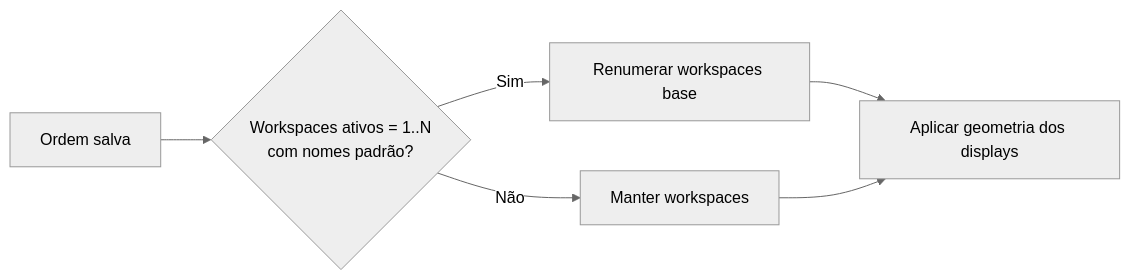
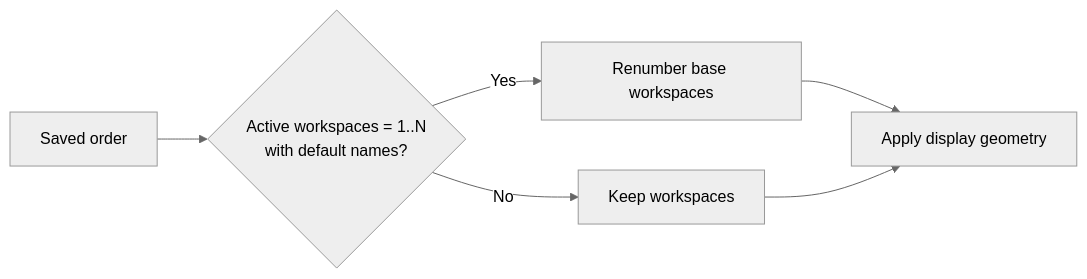
One commit to rsendres/omarchy-display-order changed the diagram in README.md. Above: the diagram before and after it, drawn with Mermaid (neutral theme). The commit also changed other lines of this file and 1 other file, not shown here.

````diff
--- a/README.md
+++ b/README.md
@@ -69,8 +71,8 @@
 ```mermaid
 flowchart LR
-    A[Ordem salva] --> B{Workspaces ativos = 1..N<br/>com nomes padrão?}
-    B -- Sim --> C[Renumerar workspaces base]
-    B -- Não --> D[Manter workspaces]
-    C --> E[Aplicar geometria dos displays]
+    A[Saved order] --> B{Active workspaces = 1..N<br/>with default names?}
+    B -- Yes --> C[Renumber base workspaces]
+    B -- No --> D[Keep workspaces]
+    C --> E[Apply display geometry]
     D --> E
 ```
````
